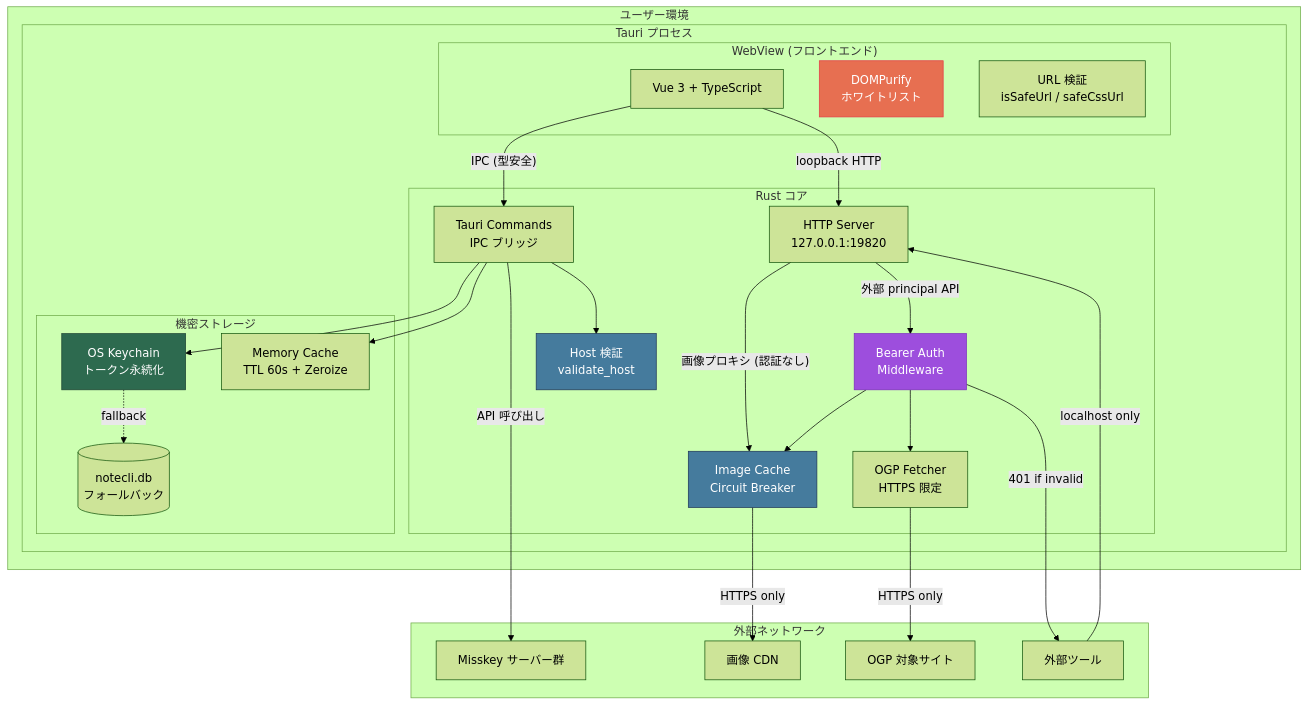
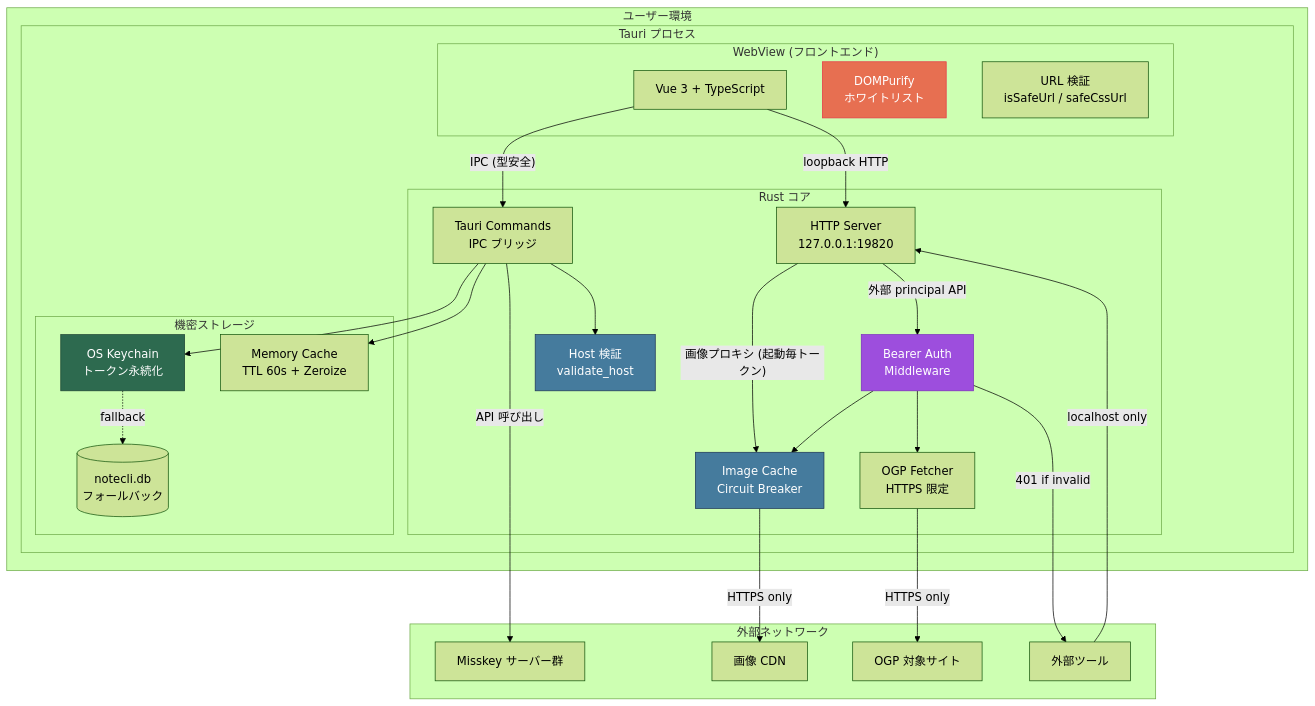
The first of 6 diagrams in SECURITY.md (notedeck-dev/notedeck), drawn with Mermaid (forest theme) before and after one commit. The commit also changed other lines of this file and 10 other files, not shown here.

````diff
--- a/SECURITY.md
+++ b/SECURITY.md
@@ -7,56 +7,56 @@
 ```mermaid
 graph TB
     subgraph "ユーザー環境"
         subgraph "Tauri プロセス"
             subgraph "WebView (フロントエンド)"
                 FE[Vue 3 + TypeScript]
                 DP[DOMPurify<br/>ホワイトリスト]
                 UV[URL 検証<br/>isSafeUrl / safeCssUrl]
             end
 
             subgraph "Rust コア"
                 CMD[Tauri Commands<br/>IPC ブリッジ]
                 HTTP[HTTP Server<br/>127.0.0.1:19820]
                 AUTH[Bearer Auth<br/>Middleware]
                 HV[Host 検証<br/>validate_host]
                 IC[Image Cache<br/>Circuit Breaker]
                 OGP[OGP Fetcher<br/>HTTPS 限定]
             end
 
             subgraph "機密ストレージ"
                 KC[OS Keychain<br/>トークン永続化]
                 MC[Memory Cache<br/>TTL 60s + Zeroize]
                 DB[(notecli.db<br/>フォールバック)]
             end
         end
     end
 
     subgraph "外部ネットワーク"
         MK[Misskey サーバー群]
         IMG[画像 CDN]
         WEB[OGP 対象サイト]
         EXT[外部ツール]
     end
 
     FE -->|"IPC (型安全)"| CMD
     FE -->|"loopback HTTP"| HTTP
     EXT -->|"localhost only"| HTTP
-    HTTP -->|"画像プロキシ (認証なし)"| IC
+    HTTP -->|"画像プロキシ (起動毎トークン)"| IC
     HTTP -->|"外部 principal API"| AUTH
     AUTH -->|"401 if invalid"| EXT
     AUTH --> IC
     AUTH --> OGP
     CMD --> HV
     CMD --> KC
     KC -.->|"fallback"| DB
     CMD --> MC
     IC -->|"HTTPS only"| IMG
     OGP -->|"HTTPS only"| WEB
     CMD -->|"API 呼び出し"| MK
 
     style KC fill:#2d6a4f,stroke:#1b4332,color:#fff
     style AUTH fill:#9d4edd,stroke:#7b2cbf,color:#fff
     style DP fill:#e76f51,stroke:#e63946,color:#fff
     style HV fill:#457b9d,stroke:#1d3557,color:#fff
     style IC fill:#457b9d,stroke:#1d3557,color:#fff
 ```
````
